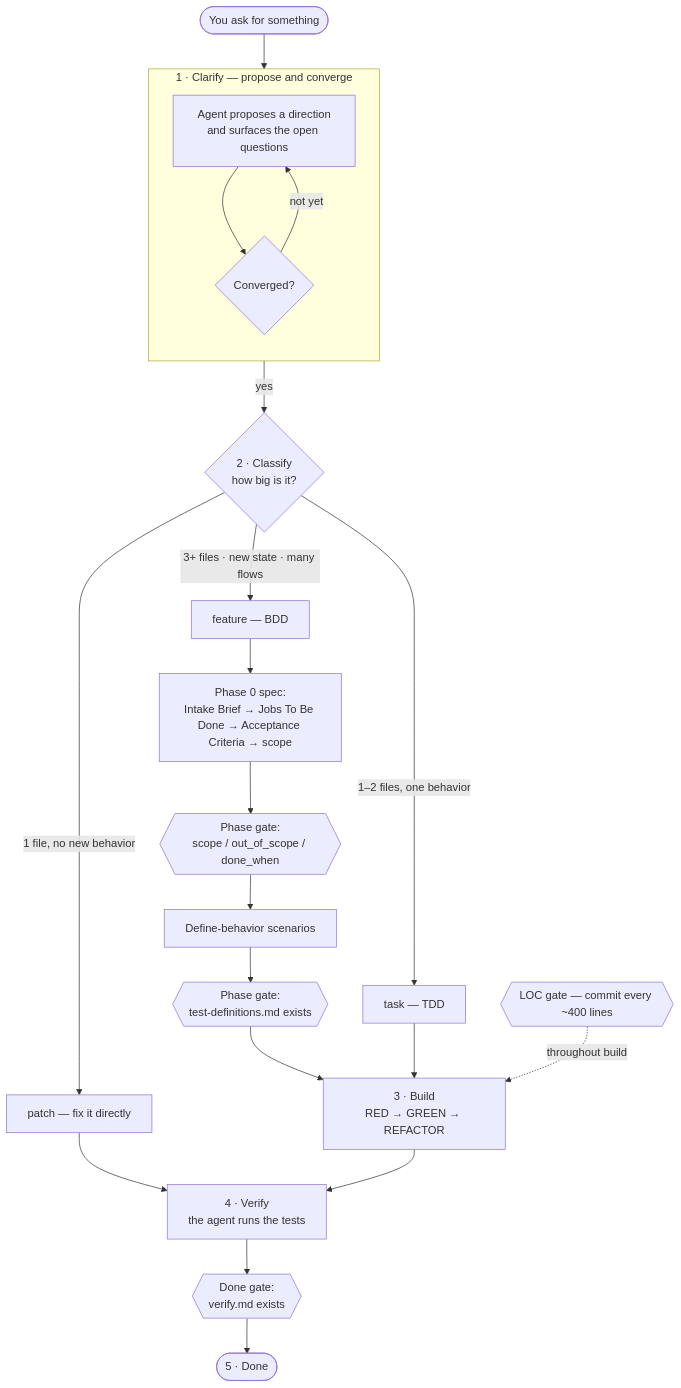
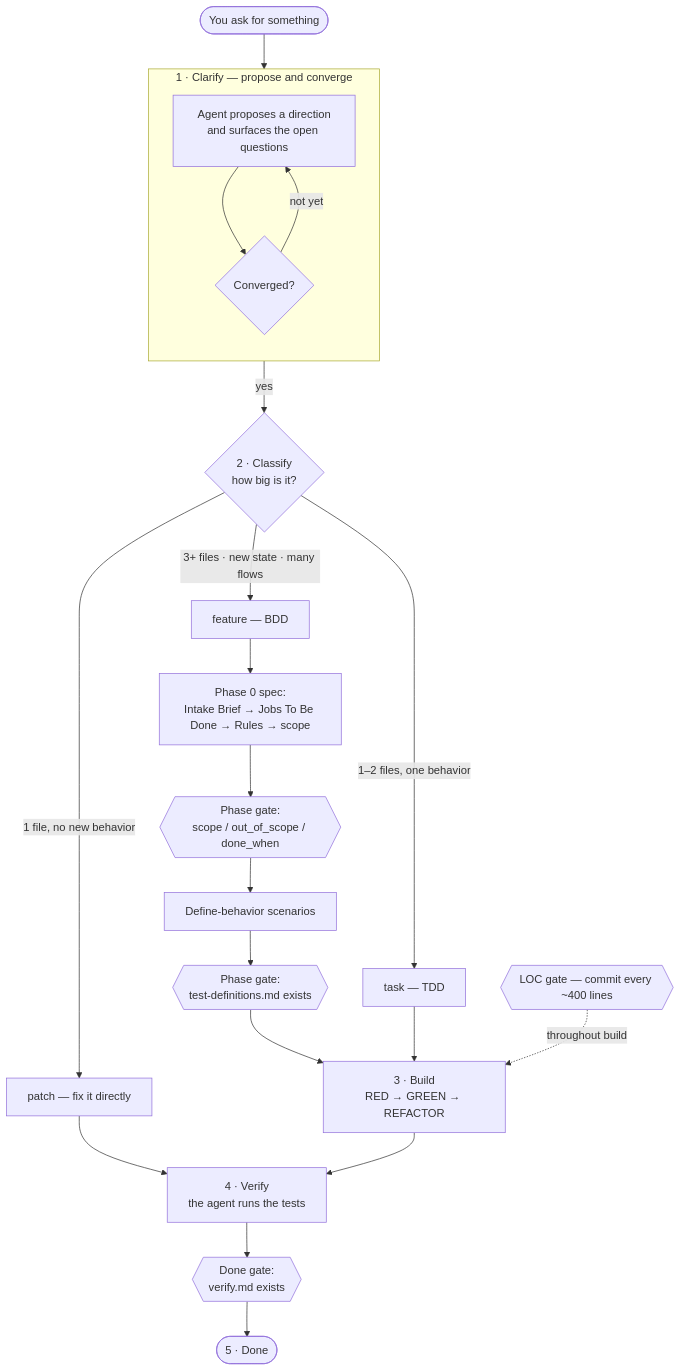
The diagram in packages/website/src/content/docs/getting-started/workflow.mdx (ArcadeAI/safeword), drawn with Mermaid before and after one commit. The commit also changed other lines of this file and 20 other files, not shown here.

````diff
--- a/packages/website/src/content/docs/getting-started/workflow.mdx
+++ b/packages/website/src/content/docs/getting-started/workflow.mdx
@@ -10,34 +10,34 @@
 ```mermaid
 flowchart TD
     start([You ask for something])
     start --> propose
 
     subgraph clarify ["1 · Clarify — propose and converge"]
       direction TB
       propose["Agent proposes a direction<br/>and surfaces the open questions"]
       converged{"Converged?"}
       propose --> converged
       converged -->|"not yet"| propose
     end
 
     converged -->|"yes"| classify{"2 · Classify<br/>how big is it?"}
 
     classify -->|"1 file, no new behavior"| patch["patch — fix it directly"]
     classify -->|"1–2 files, one behavior"| task["task — TDD"]
     classify -->|"3+ files · new state · many flows"| feature["feature — BDD"]
 
-    feature --> phase0["Phase 0 spec:<br/>Intake Brief → Jobs To Be Done → Acceptance Criteria → scope"]
+    feature --> phase0["Phase 0 spec:<br/>Intake Brief → Jobs To Be Done → Rules → scope"]
     phase0 --> g1{{"Phase gate:<br/>scope / out_of_scope / done_when"}}
     g1 --> scenarios["Define-behavior scenarios"]
     scenarios --> g2{{"Phase gate:<br/>test-definitions.md exists"}}
     g2 --> build
 
     task --> build["3 · Build<br/>RED → GREEN → REFACTOR"]
     patch --> verify
 
     build --> verify["4 · Verify<br/>the agent runs the tests"]
     verify --> g3{{"Done gate:<br/>verify.md exists"}}
     g3 --> done([5 · Done])
 
     loc{{"LOC gate — commit every ~400 lines"}} -.->|throughout build| build
 ```
````
